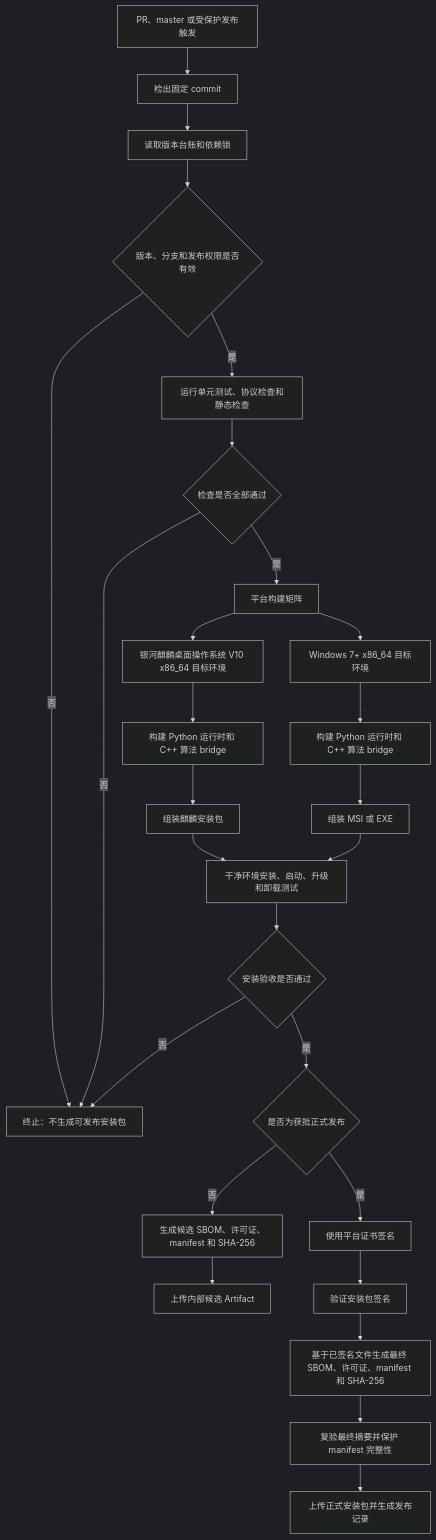
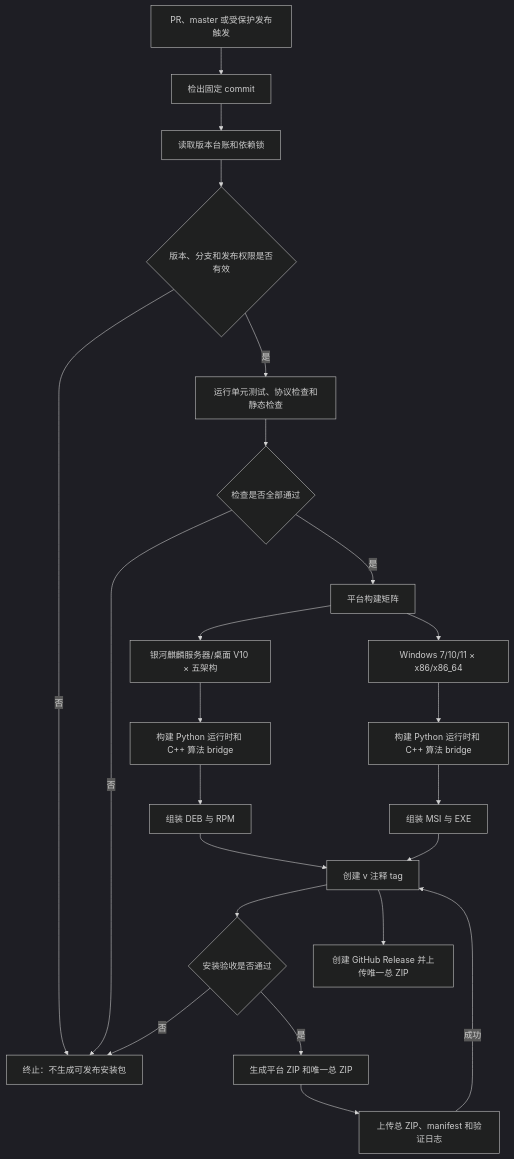
Before and after one commit to Entertech/NeuroBridge: the eighth of 8 diagrams in doc/tech/NeuroBridge项目结构与多系统接入/NeuroBridge项目结构与多系统接入_PRD.md, drawn with Mermaid (dark theme). The commit also changed other lines of this file and 5 other files, not shown here.

Commit message:
[codex] docs: finalize release matrix and manifest contract

````diff
--- a/doc/tech/NeuroBridge项目结构与多系统接入/NeuroBridge项目结构与多系统接入_PRD.md
+++ b/doc/tech/NeuroBridge项目结构与多系统接入/NeuroBridge项目结构与多系统接入_PRD.md
@@ -871,32 +871,28 @@
 ```mermaid
 flowchart TD
     A[PR、master 或受保护发布触发] --> B[检出固定 commit]
     B --> C[读取版本台账和依赖锁]
     C --> D{版本、分支和发布权限是否有效}
     D -->|否| X[终止：不生成可发布安装包]
     D -->|是| E[运行单元测试、协议检查和静态检查]
     E --> F{检查是否全部通过}
     F -->|否| X
     F -->|是| G[平台构建矩阵]
 
-    G --> K[银河麒麟桌面操作系统 V10 x86_64 目标环境]
-    G --> W[Windows 7+ x86_64 目标环境]
+    G --> K[银河麒麟服务器/桌面 V10 × 五架构]
+    G --> W[Windows 7/10/11 × x86/x86_64]
 
     K --> K1[构建 Python 运行时和 C++ 算法 bridge]
-    K1 --> K2[组装麒麟安装包]
+    K1 --> K2[组装 DEB 与 RPM]
     W --> W1[构建 Python 运行时和 C++ 算法 bridge]
-    W1 --> W2[组装 MSI 或 EXE]
+    W1 --> W2[组装 MSI 与 EXE]
 
     K2 --> T[干净环境安装、启动、升级和卸载测试]
     W2 --> T
     T --> U{安装验收是否通过}
     U -->|否| X
-    U -->|是| R{是否为获批正式发布}
-    R -->|否| VC[生成候选 SBOM、许可证、manifest 和 SHA-256]
-    VC --> CANDIDATE[上传内部候选 Artifact]
-    R -->|是| S[使用平台证书签名]
-    S --> Q[验证安装包签名]
-    Q --> V[基于已签名文件生成最终 SBOM、许可证、manifest 和 SHA-256]
-    V --> Q2[复验最终摘要并保护 manifest 完整性]
-    Q2 --> P[上传正式安装包并生成发布记录]
+    U -->|是| Z[生成平台 ZIP 和唯一总 ZIP]
+    Z --> H[上传总 ZIP、manifest 和验证日志]
+    H -->|成功| T[创建 v<applicationVersion> 注释 tag]
+    T --> P[创建 GitHub Release 并上传唯一总 ZIP]
 ```
````
